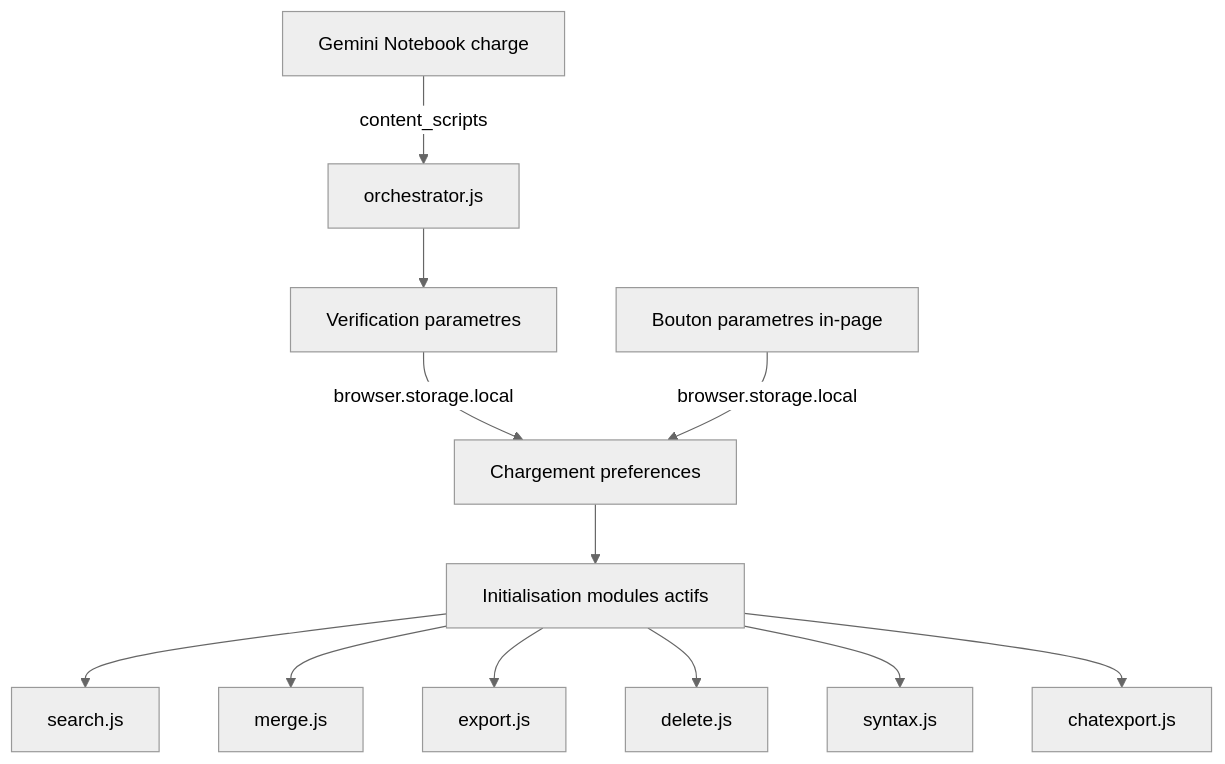
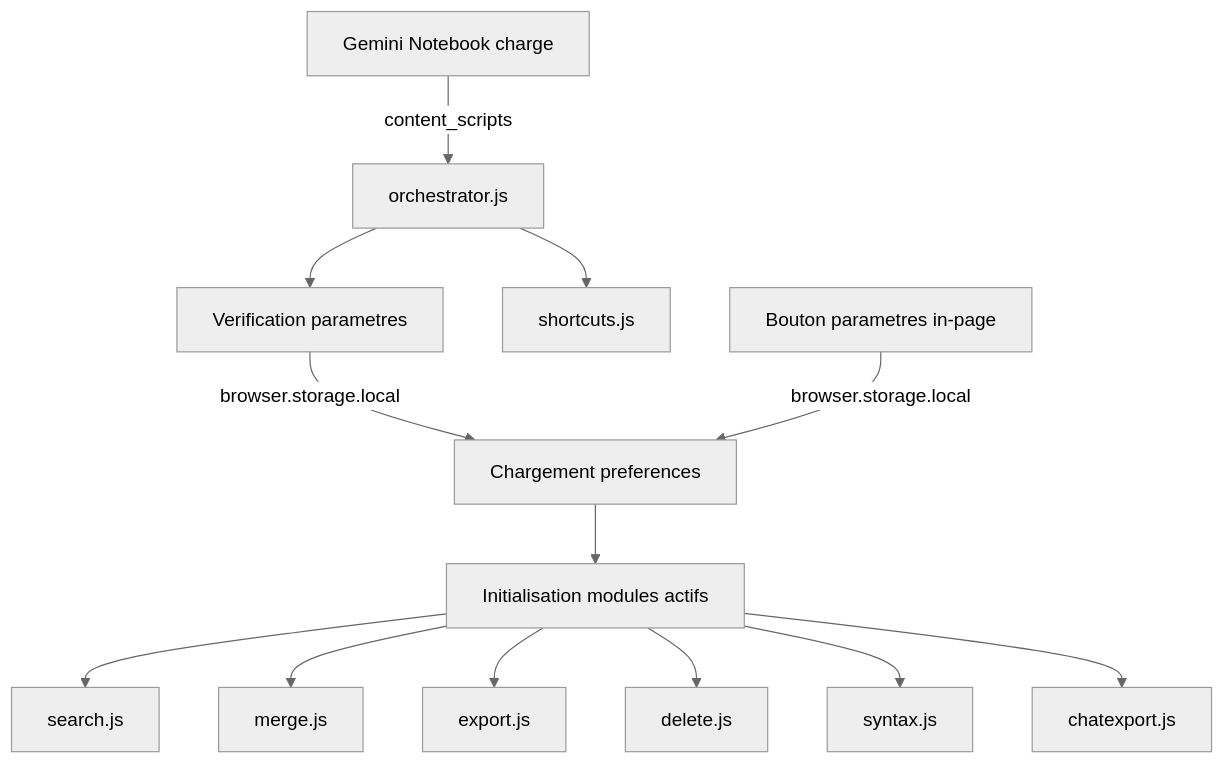
Before and after one commit to mtfkarukera/magic-manager: the diagram in ARCHITECTURE.md, drawn with Mermaid (neutral theme). The commit also changed other lines of this file and 23 other files, not shown here.

````diff
--- a/ARCHITECTURE.md
+++ b/ARCHITECTURE.md
@@ -60,14 +57,15 @@
 ```mermaid
 graph TD
     A["Gemini Notebook charge"] -->|"content_scripts"| B["orchestrator.js"]
     B --> C["Verification parametres"]
+    B --> K2["shortcuts.js"]
     C -->|"browser.storage.local"| D["Chargement preferences"]
     D --> E["Initialisation modules actifs"]
     E --> F["search.js"]
     E --> G["merge.js"]
     E --> H["export.js"]
     E --> I["delete.js"]
     E --> J["syntax.js"]
     E --> K["chatexport.js"]
     L["Bouton parametres in-page"] -->|"browser.storage.local"| D
 ```
````
